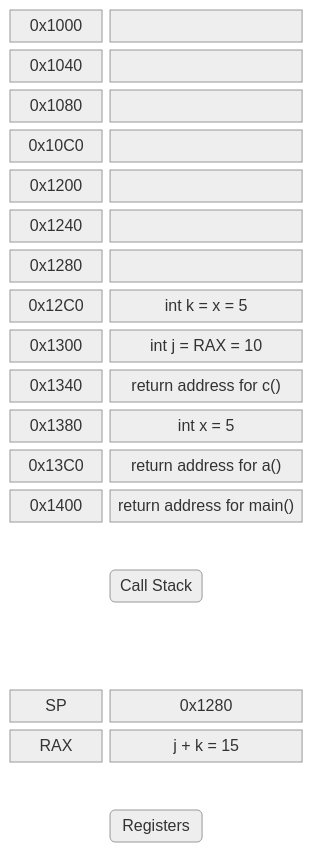
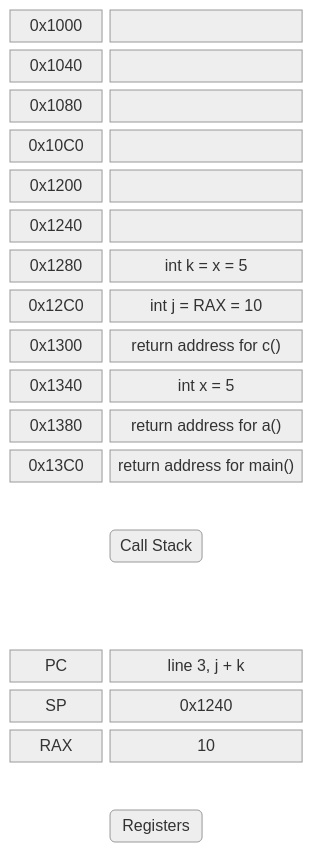
One commit to GlennVL-AP/cpp-programming-slides changed diagram 13 of 19 in slides/session_6/index.md. Above: the diagram before and after it, drawn with Mermaid (neutral theme). The commit also changed other lines of this file, not shown here.

````diff
--- a/slides/session_6/index.md
+++ b/slides/session_6/index.md
@@ -1328,40 +1531,40 @@
 ```mermaid
 block-beta
   columns 3
   addr1["0x1000"]:1
   frame1[" "]:2
   addr2["0x1040"]:1
   frame2[" "]:2
   addr3["0x1080"]:1
   frame3[" "]:2
   addr4["0x10C0"]:1
   frame4[" "]:2
   addr5["0x1200"]:1
   frame5[" "]:2
   addr6["0x1240"]:1
   frame6[" "]:2
   addr7["0x1280"]:1
-  frame7[" "]:2
+  frame7["int k = x = 5"]:2
   addr8["0x12C0"]:1
-  frame8["int k = x = 5"]:2
+  frame8["int j = RAX = 10"]:2
   addr9["0x1300"]:1
-  frame9["int j = RAX = 10"]:2
+  frame9["return address for c()"]:2
   addr10["0x1340"]:1
-  frame10["return address for c()"]:2
+  frame10["int x = 5"]:2
   addr11["0x1380"]:1
-  frame11["int x = 5"]:2
+  frame11["return address for a()"]:2
   addr12["0x13C0"]:1
-  frame12["return address for a()"]:2
-  addr13["0x1400"]:1
-  frame13["return address for main()"]:2
+  frame12["return address for main()"]:2
   space:3
   space callstack("Call Stack") space
   space:3
   space:3
-  reg1["SP"]:1
-  regval1["0x1280"]:2
-  reg2["RAX"]:1
-  regval2["j + k = 15"]:2
+  reg1["PC"]:1
+  regval1["line 3, j + k"]:2
+  reg2["SP"]:1
+  regval2["0x1240"]:2
+  reg3["RAX"]:1
+  regval3["10"]:2
   space:3
   space registers("Registers") space
 ```
````
